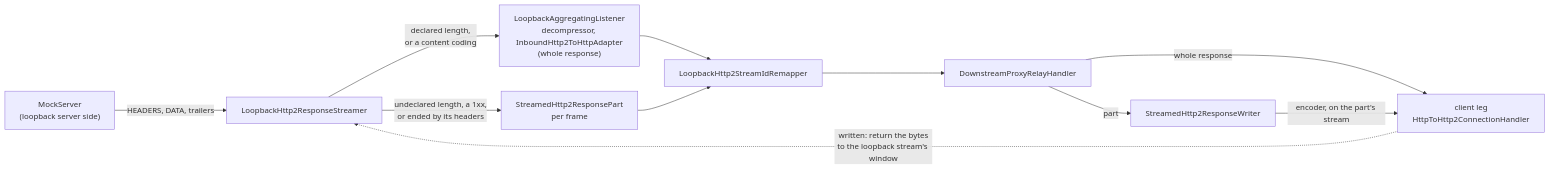
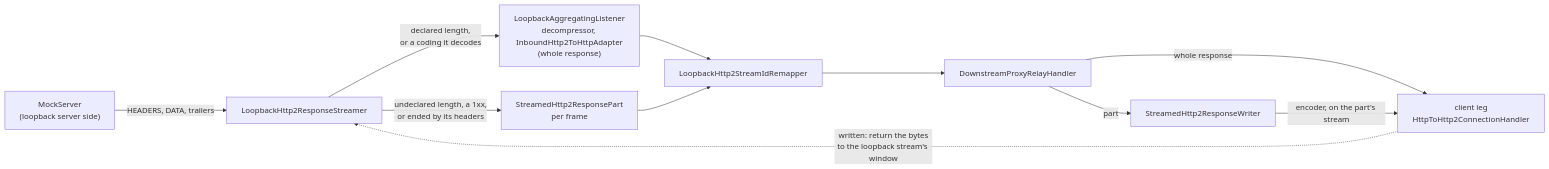
One commit to inspire12/mockserver changed diagram 23 of 33 in docs/code/netty-pipeline.md. Above: the diagram before and after it, drawn with Mermaid. The commit also changed other lines of this file and 18 other files, not shown here.

First line of the commit message:
fix(netty): keep an undecoded stream's coding; reset an HTTP/3 1xx

````diff
--- a/docs/code/netty-pipeline.md
+++ b/docs/code/netty-pipeline.md
@@ -1757,13 +1759,13 @@
 ```mermaid
 flowchart LR
     MS["MockServer\n(loopback server side)"] -->|"HEADERS, DATA, trailers"| ST["LoopbackHttp2ResponseStreamer"]
-    ST -->|"declared length,\nor a content coding"| AG["LoopbackAggregatingListener\ndecompressor, InboundHttp2ToHttpAdapter\n(whole response)"]
+    ST -->|"declared length,\nor a coding it decodes"| AG["LoopbackAggregatingListener\ndecompressor, InboundHttp2ToHttpAdapter\n(whole response)"]
     ST -->|"undeclared length, a 1xx,\nor ended by its headers"| PT["StreamedHttp2ResponsePart\nper frame"]
     AG --> RM["LoopbackHttp2StreamIdRemapper"]
     PT --> RM
     RM --> DR["DownstreamProxyRelayHandler"]
     DR -->|"whole response"| H2["client leg\nHttpToHttp2ConnectionHandler"]
     DR -->|"part"| WR["StreamedHttp2ResponseWriter"]
     WR -->|"encoder, on the part's stream"| H2
     H2 -.->|"written: return the bytes\nto the loopback stream's window"| ST
 ```
````
